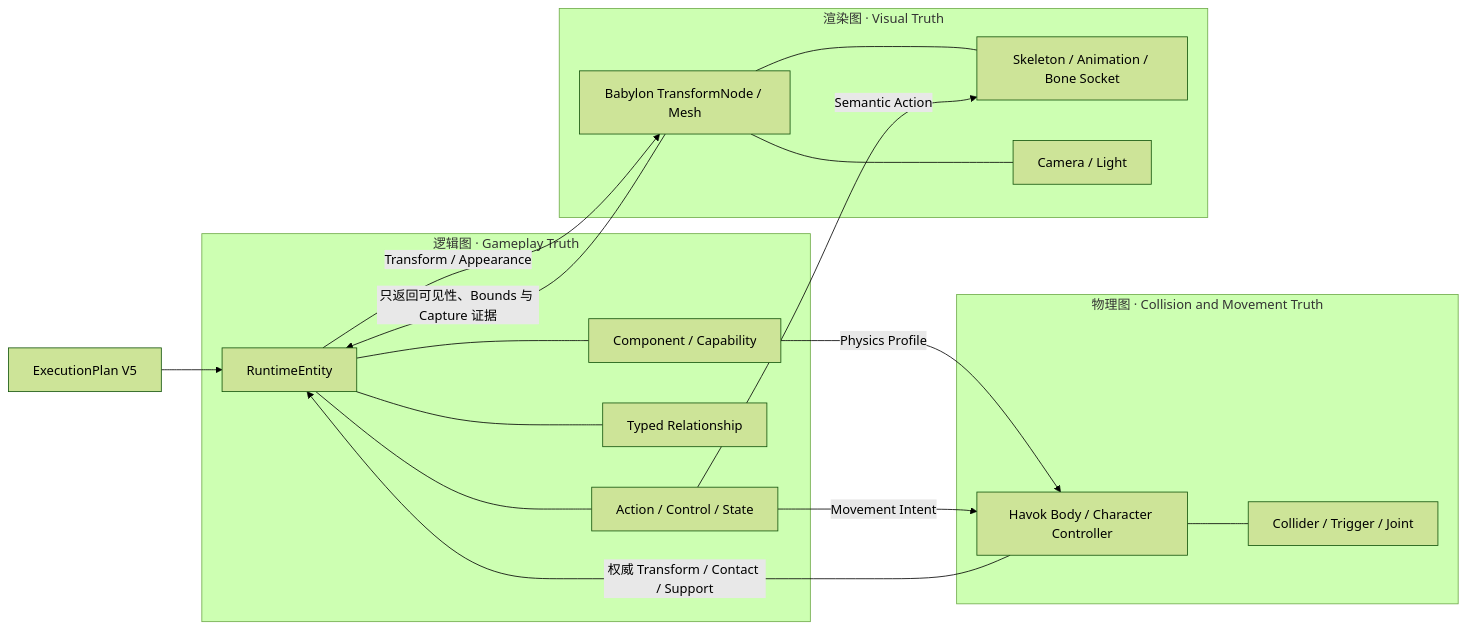
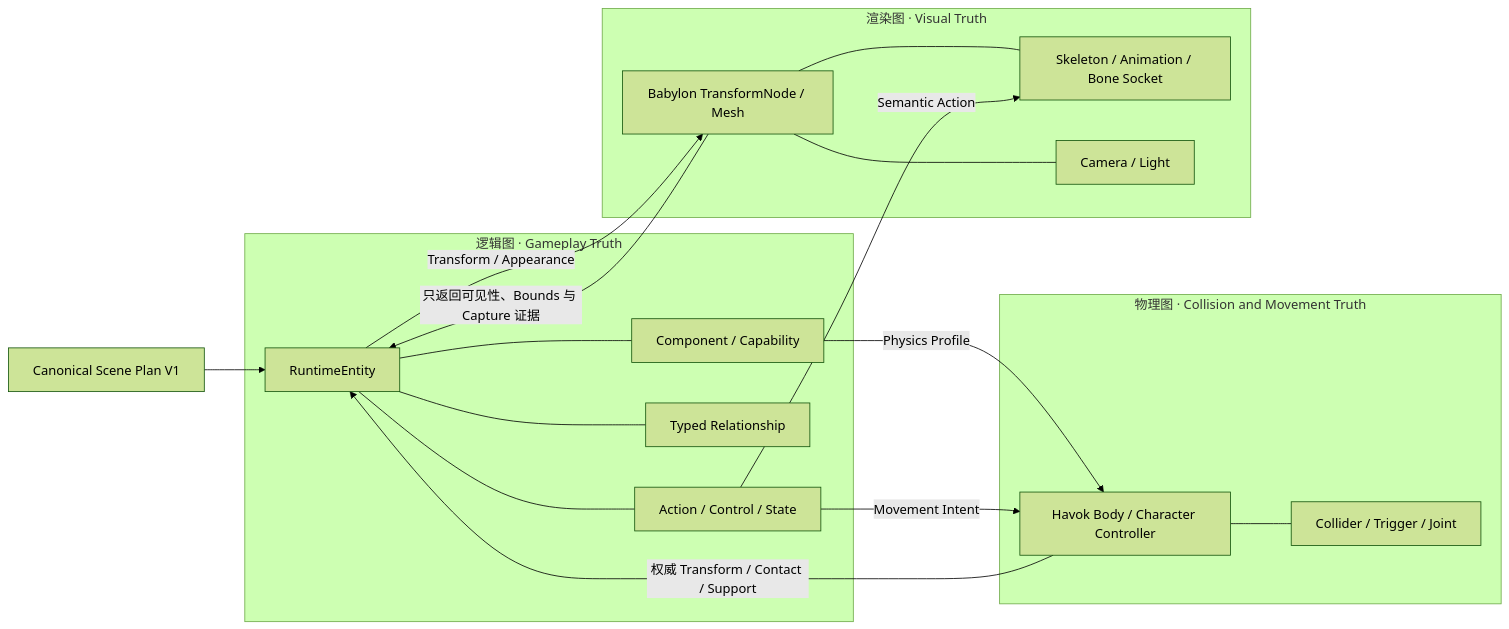
Before and after one commit to Gjh829803/ceshi: the third of 5 diagrams in docs/02-sdk-architecture.md, drawn with Mermaid (forest theme). The commit also changed other lines of this file and 92 other files, not shown here.

````diff
--- a/docs/02-sdk-architecture.md
+++ b/docs/02-sdk-architecture.md
@@ -214,35 +218,35 @@
 ```mermaid
 flowchart LR
-    EP["ExecutionPlan V5"] --> ENTITY
+    EP["Canonical Scene Plan V1"] --> ENTITY
 
     subgraph LOGIC["逻辑图 · Gameplay Truth"]
         ENTITY["RuntimeEntity"]
         COMPONENT["Component / Capability"]
         RELATION["Typed Relationship"]
         ACTION["Action / Control / State"]
         ENTITY --- COMPONENT
         ENTITY --- RELATION
         ENTITY --- ACTION
     end
 
     subgraph PHYSICS["物理图 · Collision and Movement Truth"]
         BODY["Havok Body / Character Controller"]
         SHAPE["Collider / Trigger / Joint"]
         BODY --- SHAPE
     end
 
     subgraph RENDER["渲染图 · Visual Truth"]
         NODE["Babylon TransformNode / Mesh"]
         RIG["Skeleton / Animation / Bone Socket"]
         CAMERA["Camera / Light"]
         NODE --- RIG
         NODE --- CAMERA
     end
 
     COMPONENT -->|"Physics Profile"| BODY
     ACTION -->|"Movement Intent"| BODY
     BODY -->|"权威 Transform / Contact / Support"| ENTITY
     ENTITY -->|"Transform / Appearance"| NODE
     ACTION -->|"Semantic Action"| RIG
     NODE -->|"只返回可见性、Bounds 与 Capture 证据"| ENTITY
 ```
````
